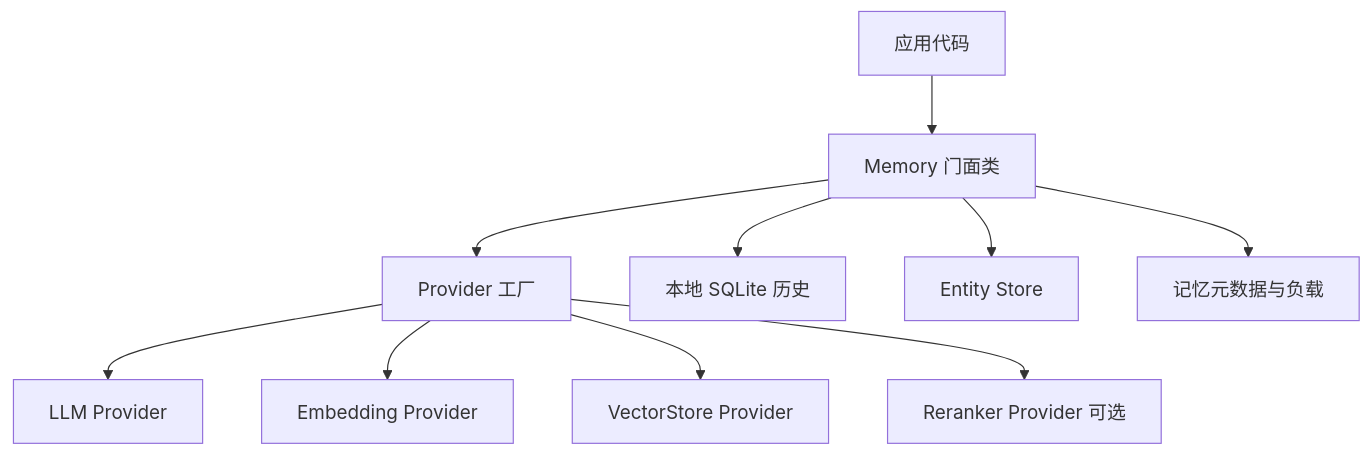
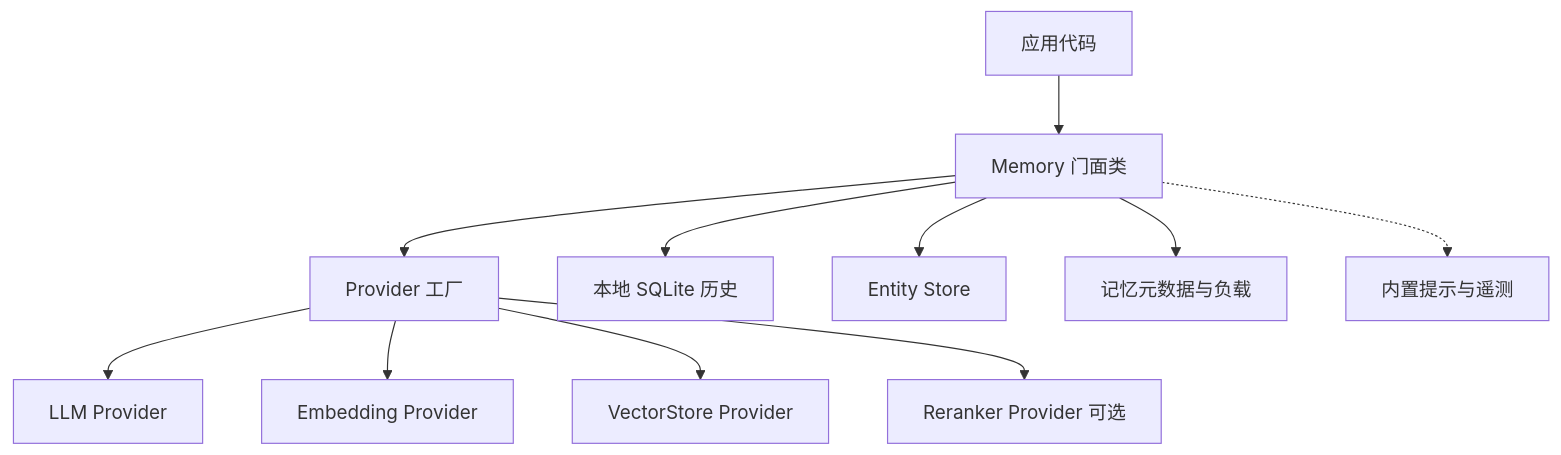
Before and after one commit to morehao/oss-insights: the first of 3 diagrams in ai-infra/mem0-wiki/architecture.md, drawn with Mermaid. The commit also changed other lines of this file and 8 other files, not shown here.

````diff
--- a/ai-infra/mem0-wiki/architecture.md
+++ b/ai-infra/mem0-wiki/architecture.md
@@ -13,12 +13,13 @@
 ```mermaid
 graph TD
   App[应用代码] --> Mem[Memory 门面类]
   Mem --> F[Provider 工厂]
   F --> LLM[LLM Provider]
   F --> EMB[Embedding Provider]
   F --> VS[VectorStore Provider]
   F --> RR[Reranker Provider 可选]
   Mem --> Hist[本地 SQLite 历史]
   Mem --> Ent[Entity Store]
   Mem --> Meta[记忆元数据与负载]
+  Mem -.-> Notice[内置提示与遥测]
 ```
````
